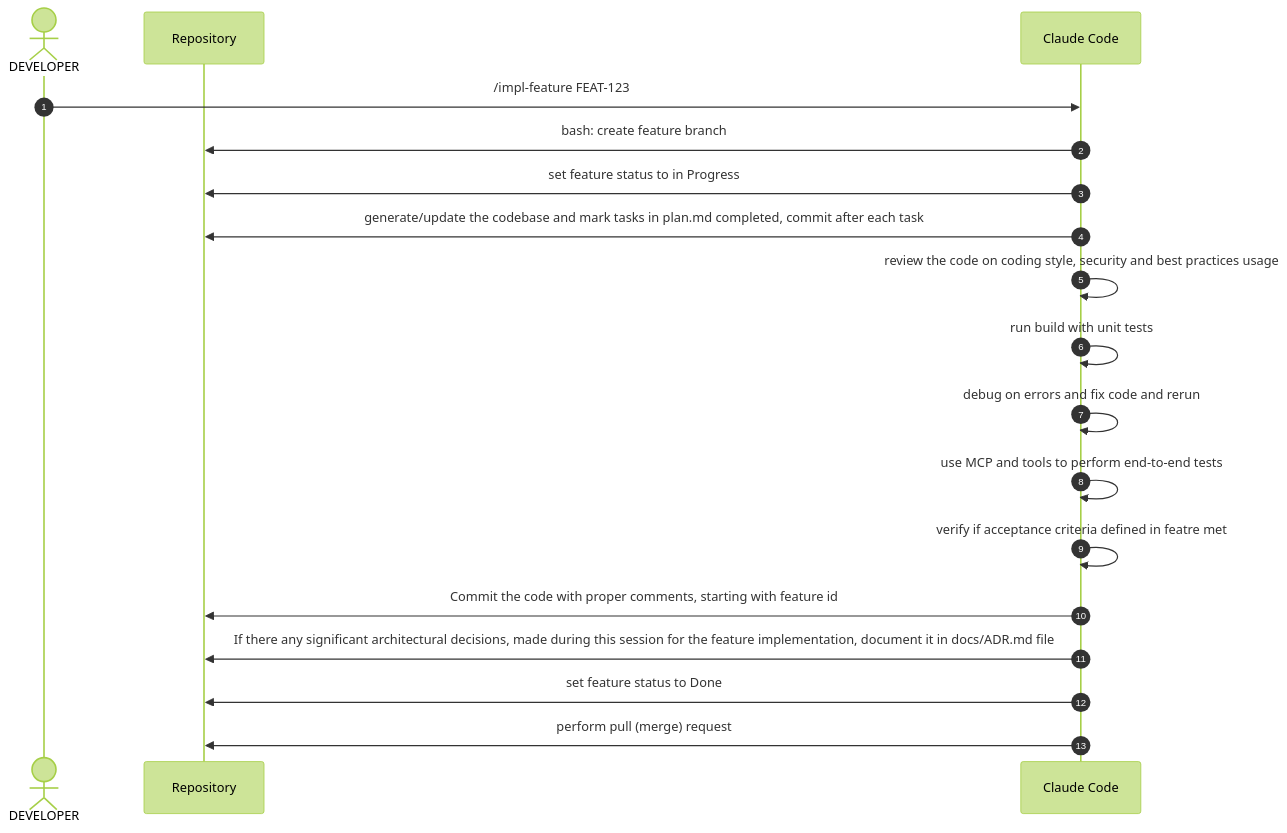
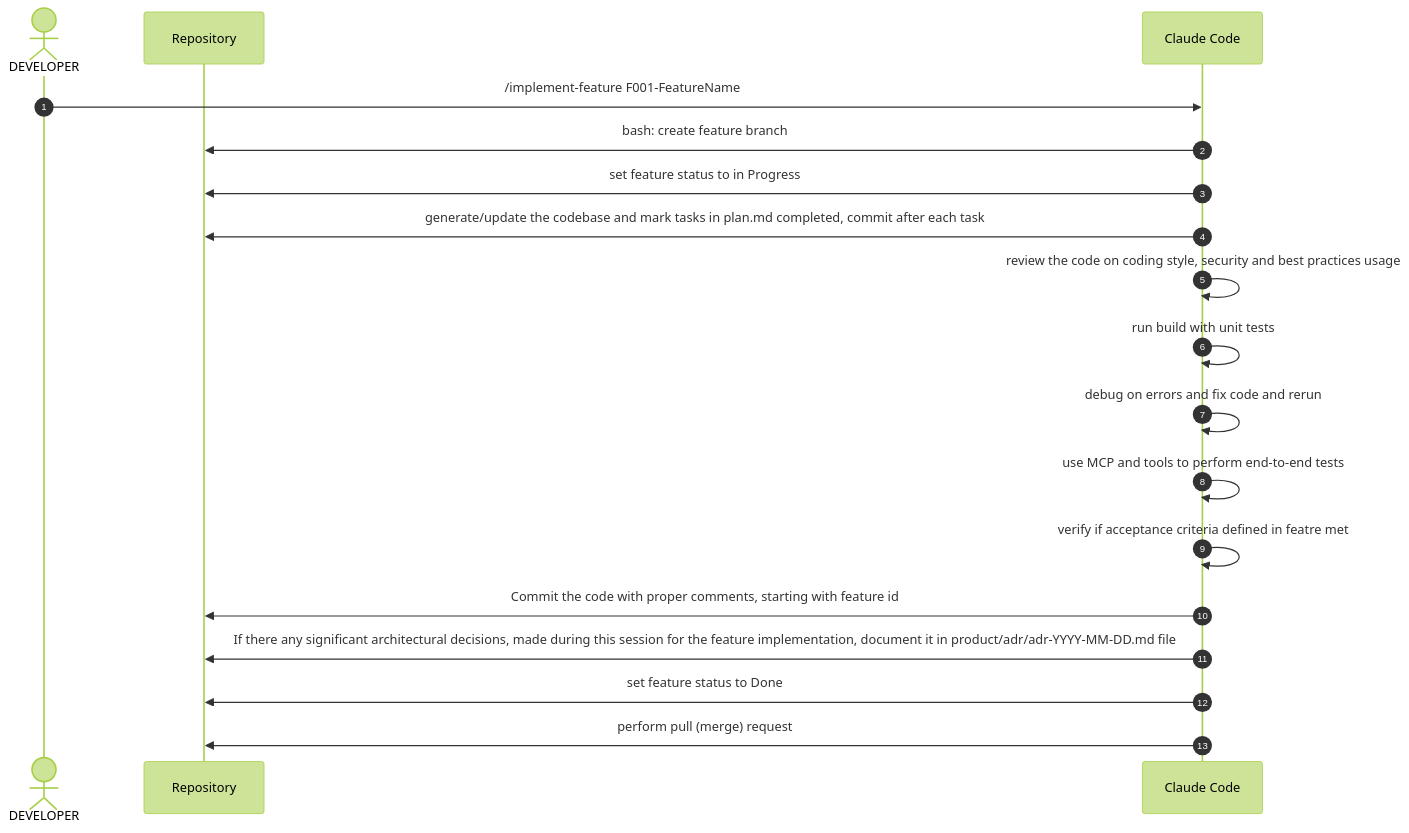
One commit to andpush/product-flow changed the fifth of 5 diagrams in README.md. Above: the diagram before and after it, drawn with Mermaid (forest theme). The commit also changed other lines of this file, not shown here.

````diff
--- a/README.md
+++ b/README.md
@@ -301,35 +302,35 @@
 ```mermaid
 sequenceDiagram
     autonumber
     actor U as DEVELOPER
     participant R as Repository
     participant C as Claude Code
     
     %% Implement feature
-    U->>C: /impl-feature FEAT-123
+    U->>C: /implement-feature F001-FeatureName
     C->>R: bash: create feature branch
     C->>R: set feature status to in Progress
     C->>R: generate/update the codebase and mark tasks in plan.md completed, commit after each task
 
     %% Perform Code Review of the branch changes
     C->>C: review the code on coding style, security and best practices usage
 
     %% Build and run tests, debug if needed
     C->>C: run build with unit tests
 
     C->>C: debug on errors and fix code and rerun
 
     C->>C: use MCP and tools to perform end-to-end tests
 
     C->>C: verify if acceptance criteria defined in featre met
 
     C->>R: Commit the code with proper comments, starting with feature id
 
-    C->>R: If there any significant architectural decisions, made during this session for the feature implementation, document it in docs/ADR.md file
+    C->>R: If there any significant architectural decisions, made during this session for the feature implementation, document it in product/adr/adr-YYYY-MM-DD.md file
 
     C->>R: set feature status to Done
     
     %% Push and create Pull Request
     C->>R: perform pull (merge) request 
     
 ```
````
